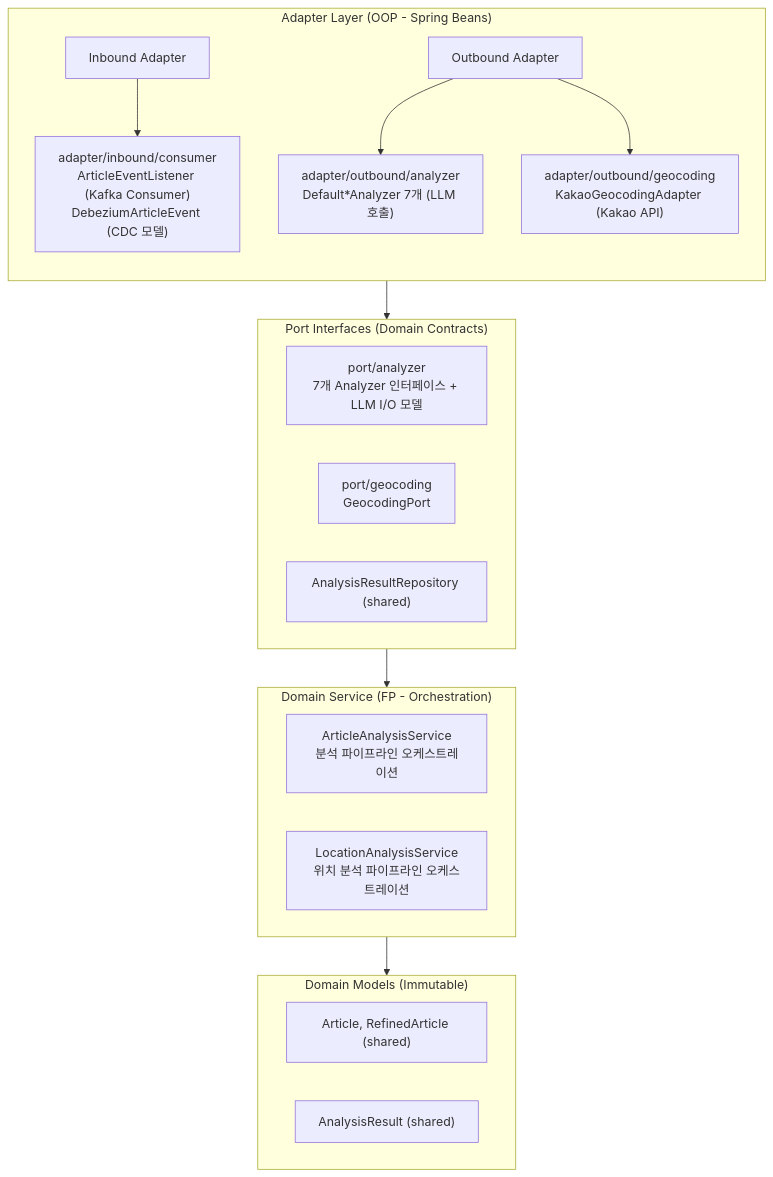
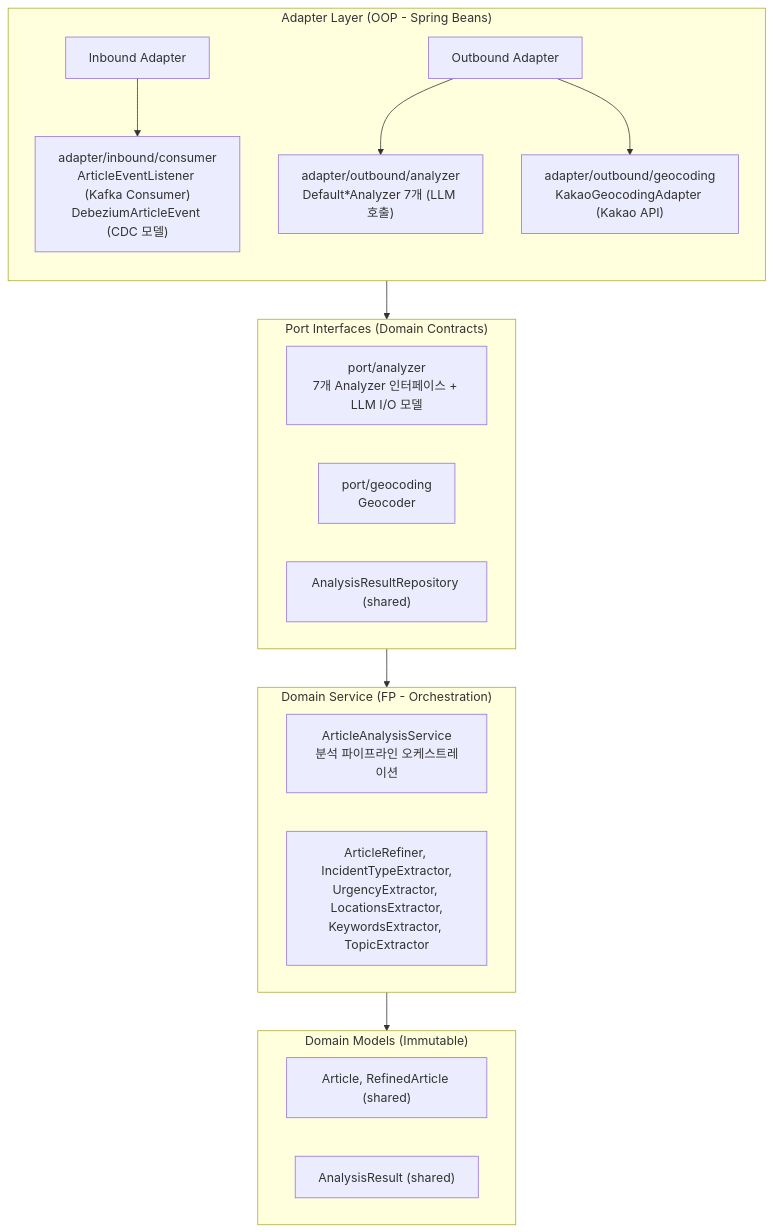
Before and after one commit to vonkernel/local-incident-tracker: the fourth of 4 diagrams in analyzer/README.md, drawn with Mermaid. The commit also changed other lines of this file and 162 other files, not shown here.

First line of the commit message:
Refactor package structure to hexagonal architecture conventions (#13)

````diff
--- a/analyzer/README.md
+++ b/analyzer/README.md
@@ -125,31 +125,31 @@
 ```mermaid
 graph TB
     subgraph Adapter_Layer ["Adapter Layer (OOP - Spring Beans)"]
         direction TB
         IN["Inbound Adapter"]
         OUT["Outbound Adapter"]
         IN --> IN1["adapter/inbound/consumer<br/>ArticleEventListener (Kafka Consumer)<br/>DebeziumArticleEvent (CDC 모델)"]
         OUT --> OUT1["adapter/outbound/analyzer<br/>Default*Analyzer 7개 (LLM 호출)"]
         OUT --> OUT2["adapter/outbound/geocoding<br/>KakaoGeocodingAdapter (Kakao API)"]
     end
 
     subgraph Port ["Port Interfaces (Domain Contracts)"]
         P1["port/analyzer<br/>7개 Analyzer 인터페이스 + LLM I/O 모델"]
-        P2["port/geocoding<br/>GeocodingPort"]
+        P2["port/geocoding<br/>Geocoder"]
         P3["AnalysisResultRepository (shared)"]
     end
 
     subgraph Service ["Domain Service (FP - Orchestration)"]
         S1["ArticleAnalysisService<br/>분석 파이프라인 오케스트레이션"]
-        S2["LocationAnalysisService<br/>위치 분석 파이프라인 오케스트레이션"]
+        S2["ArticleRefiner, IncidentTypeExtractor,<br/>UrgencyExtractor, LocationsExtractor,<br/>KeywordsExtractor, TopicExtractor"]
     end
 
     subgraph Models ["Domain Models (Immutable)"]
         M1["Article, RefinedArticle (shared)"]
         M2["AnalysisResult (shared)"]
     end
 
     Adapter_Layer --> Port
     Port --> Service
     Service --> Models
 ```
````
